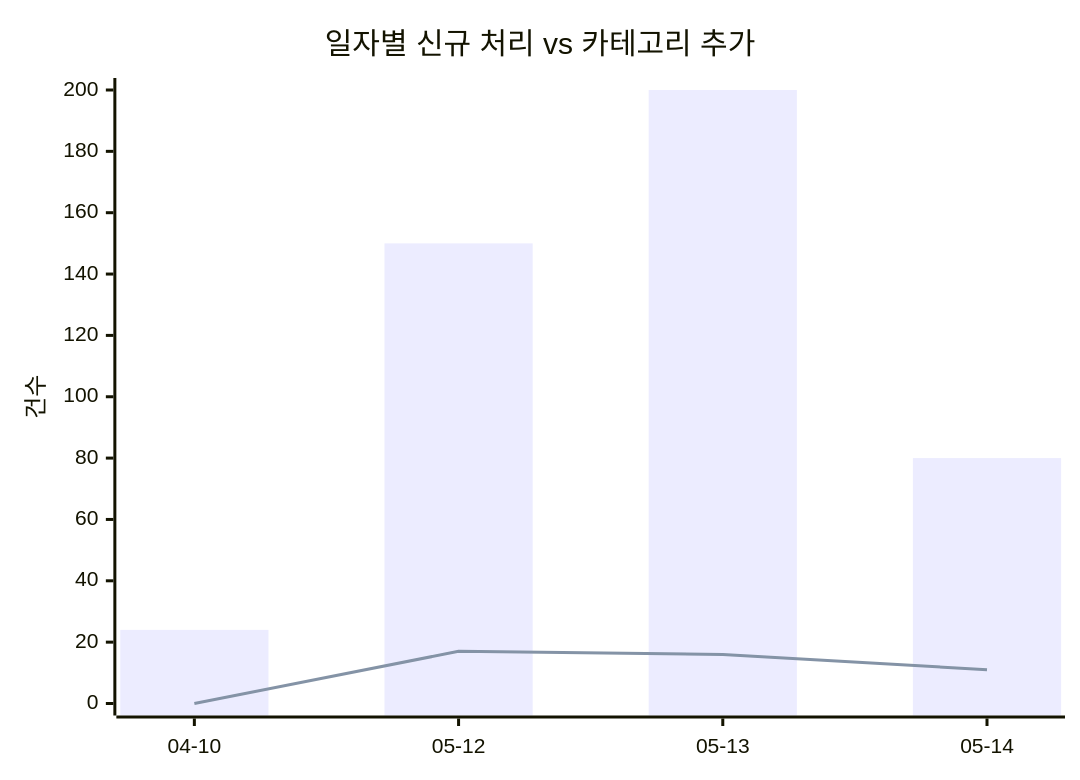
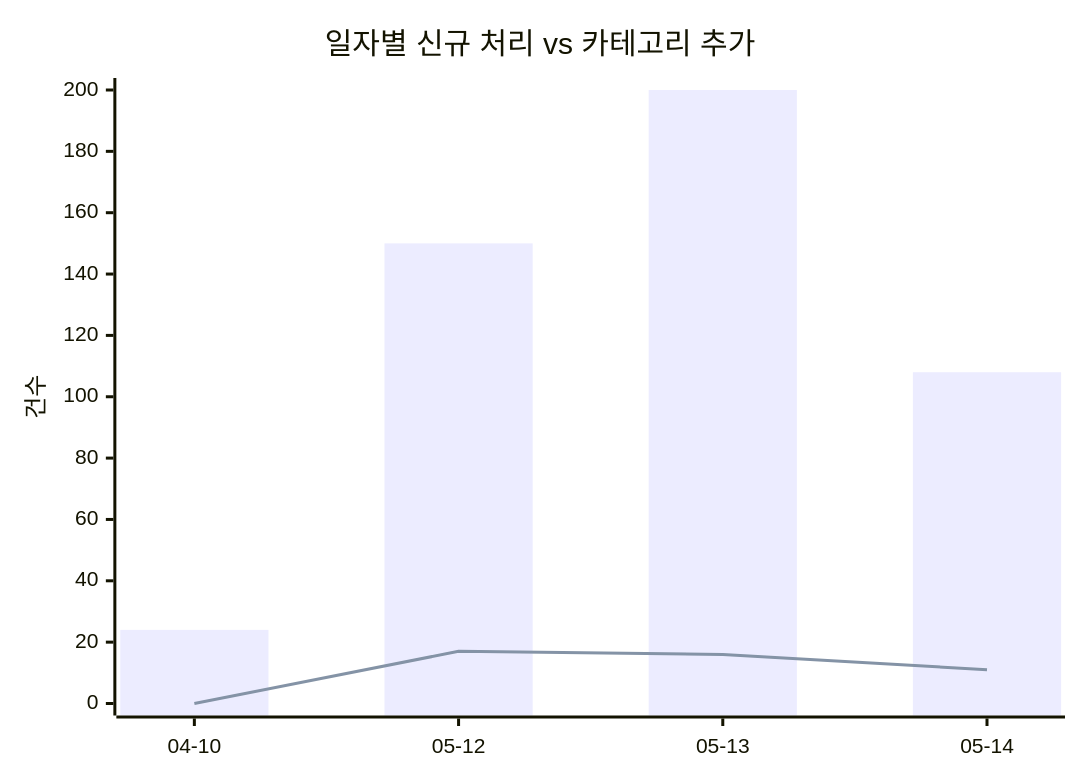
One commit to J-nowcow/awesome-korean-agent-skills changed the first of 2 diagrams in docs/trends.md. Above: the diagram before and after it, drawn with Mermaid. The commit also changed other lines of this file and 2 other files, not shown here.

````diff
--- a/docs/trends.md
+++ b/docs/trends.md
@@ -32,8 +32,8 @@
 ```mermaid
 xychart-beta
     title "일자별 신규 처리 vs 카테고리 추가"
     x-axis ["04-10","05-12","05-13","05-14"]
     y-axis "건수"
-    bar [24,150,200,80]
+    bar [24,150,200,108]
     line [0,17,16,11]
 ```
````
